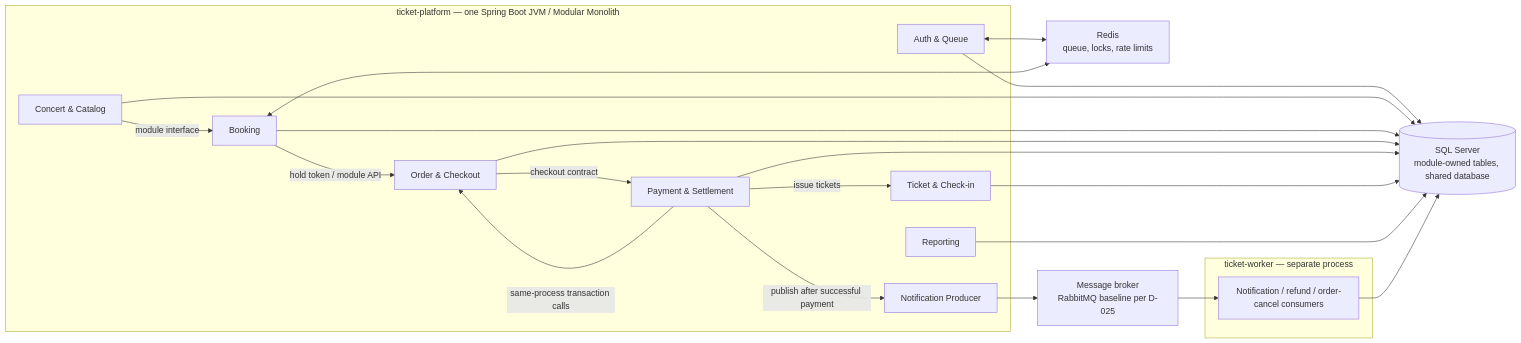
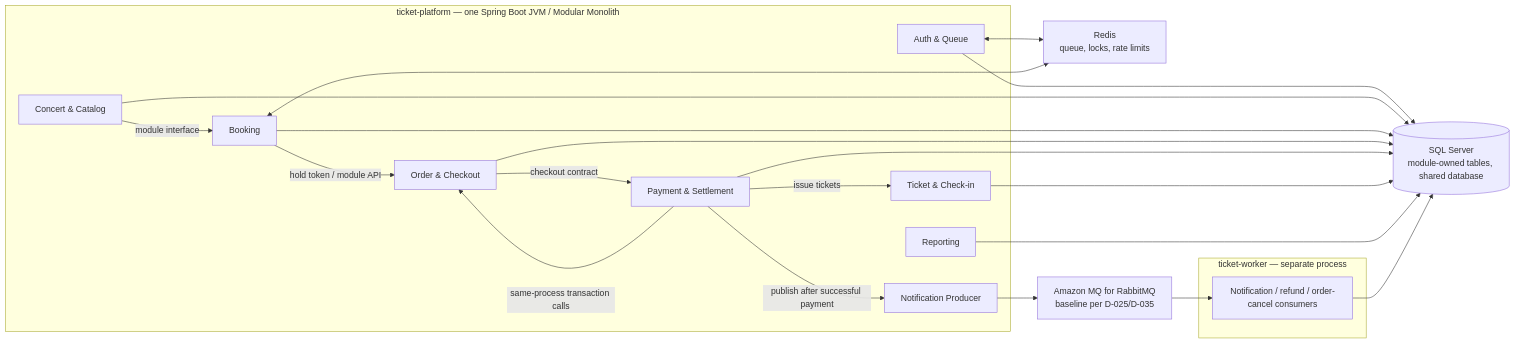
Before and after one commit to toanteng11/concert-ticketing-docs: the diagram in business-analysis/06_System_Design_And_Tools_(Architecture_And_Tools)/02_Modular_Monolith_Architecture_And_Design.md, drawn with Mermaid. The commit also changed other lines of this file and 43 other files, not shown here.

````diff
--- a/business-analysis/06_System_Design_And_Tools_(Architecture_And_Tools)/02_Modular_Monolith_Architecture_And_Design.md
+++ b/business-analysis/06_System_Design_And_Tools_(Architecture_And_Tools)/02_Modular_Monolith_Architecture_And_Design.md
@@ -134,36 +134,36 @@
 ```mermaid
 flowchart LR
   subgraph MONO["ticket-platform — one Spring Boot JVM / Modular Monolith"]
     auth["Auth & Queue"]
     catalog["Concert & Catalog"]
     booking["Booking"]
     order["Order & Checkout"]
     payment["Payment & Settlement"]
     ticket["Ticket & Check-in"]
     notice["Notification Producer"]
     report["Reporting"]
     catalog -->|module interface| booking
     booking -->|hold token / module API| order
     order -->|checkout contract| payment
     payment -->|same-process transaction calls| order
     payment -->|issue tickets| ticket
     payment -->|publish after successful payment| notice
   end
   redis["Redis<br/>queue, locks, rate limits"]
   sql[("SQL Server<br/>module-owned tables, shared database")]
-  broker["Message broker<br/>RabbitMQ baseline per D-025"]
+  broker["Amazon MQ for RabbitMQ<br/>baseline per D-025/D-035"]
   subgraph WORKER["ticket-worker — separate process"]
     consumers["Notification / refund / order-cancel consumers"]
   end
   auth <--> redis
   booking <--> redis
   auth --> sql
   catalog --> sql
   booking --> sql
   order --> sql
   payment --> sql
   ticket --> sql
   report --> sql
   notice --> broker --> consumers
   consumers --> sql
 ```
````
